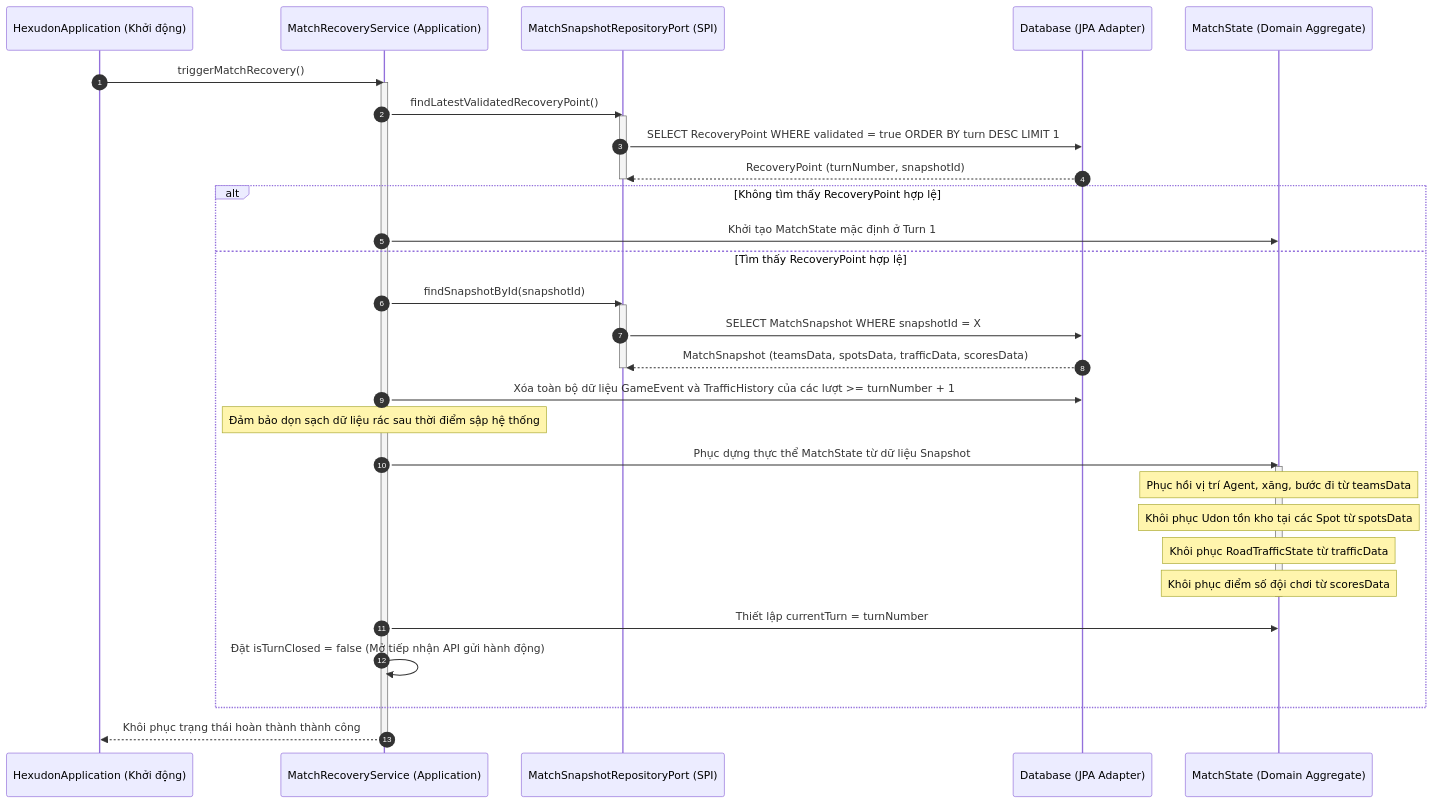
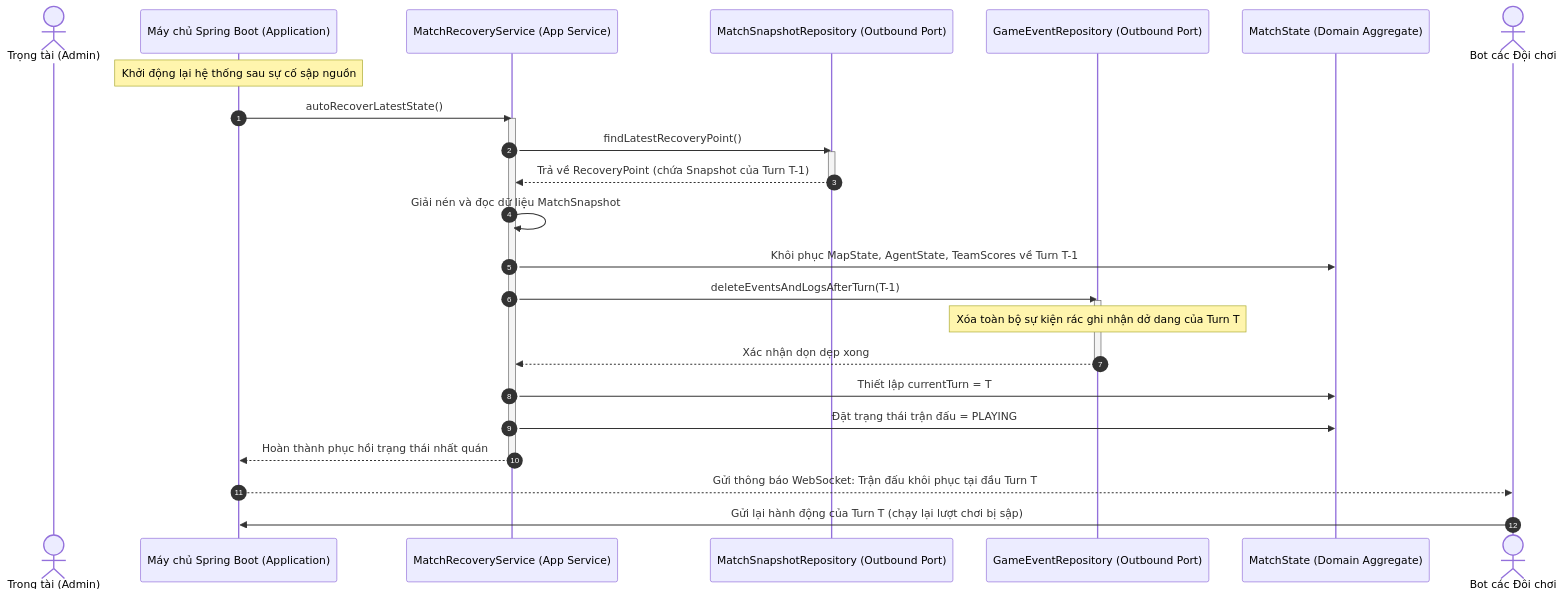
The third of 3 diagrams in docs/phase-4-completion/09_SEQUENCE_DIAGRAM.md (thing-or-think/hexudon), drawn with Mermaid before and after one commit. The commit also changed other lines of this file and 39 other files, not shown here.

First line of the commit message:
refactor(domain): reorganize turn environment and movement cost logic

````diff
--- a/docs/phase-4-completion/09_SEQUENCE_DIAGRAM.md
+++ b/docs/phase-4-completion/09_SEQUENCE_DIAGRAM.md
@@ -142,43 +124,36 @@
 ```mermaid
 sequenceDiagram
     autonumber
-    participant App as HexudonApplication (Khởi động)
-    participant Recovery as MatchRecoveryService (Application)
-    participant SnapRepo as MatchSnapshotRepositoryPort (SPI)
-    participant DB as Database (JPA Adapter)
-    participant MatchState as MatchState (Domain Aggregate)
+    actor Admin as Trọng tài (Admin)
+    participant App as Máy chủ Spring Boot (Application)
+    participant RecSvc as MatchRecoveryService (App Service)
+    participant SnapRepo as MatchSnapshotRepository (Outbound Port)
+    participant EventRepo as GameEventRepository (Outbound Port)
+    participant Dom as MatchState (Domain Aggregate)
+    actor Bot as Bot các Đội chơi
 
-    App->>Recovery: triggerMatchRecovery()
-    activate Recovery
-    Recovery->>SnapRepo: findLatestValidatedRecoveryPoint()
+    Note over App: Khởi động lại hệ thống sau sự cố sập nguồn
+    App->>RecSvc: autoRecoverLatestState()
+    activate RecSvc
+    RecSvc->>SnapRepo: findLatestRecoveryPoint()
     activate SnapRepo
-    SnapRepo->>DB: SELECT RecoveryPoint WHERE validated = true ORDER BY turn DESC LIMIT 1
-    DB-->>SnapRepo: RecoveryPoint (turnNumber, snapshotId)
+    SnapRepo-->>RecSvc: Trả về RecoveryPoint (chứa Snapshot của Turn T-1)
     deactivate SnapRepo
+    
+    RecSvc->>RecSvc: Giải nén và đọc dữ liệu MatchSnapshot
+    RecSvc->>Dom: Khôi phục MapState, AgentState, TeamScores về Turn T-1
+    
+    RecSvc->>EventRepo: deleteEventsAndLogsAfterTurn(T-1)
+    activate EventRepo
+    Note over EventRepo: Xóa toàn bộ sự kiện rác ghi nhận dở dang của Turn T
+    EventRepo-->>RecSvc: Xác nhận dọn dẹp xong
+    deactivate EventRepo
 
-    alt Không tìm thấy RecoveryPoint hợp lệ
-        Recovery->>MatchState: Khởi tạo MatchState mặc định ở Turn 1
-    else Tìm thấy RecoveryPoint hợp lệ
-        Recovery->>SnapRepo: findSnapshotById(snapshotId)
-        activate SnapRepo
-        SnapRepo->>DB: SELECT MatchSnapshot WHERE snapshotId = X
-        DB-->>SnapRepo: MatchSnapshot (teamsData, spotsData, trafficData, scoresData)
-        deactivate SnapRepo
+    RecSvc->>Dom: Thiết lập currentTurn = T
+    RecSvc->>Dom: Đặt trạng thái trận đấu = PLAYING
+    RecSvc-->>App: Hoàn thành phục hồi trạng thái nhất quán
+    deactivate RecSvc
 
-        Recovery->>DB: Xóa toàn bộ dữ liệu GameEvent và TrafficHistory của các lượt >= turnNumber + 1
-        Note over Recovery: Đảm bảo dọn sạch dữ liệu rác sau thời điểm sập hệ thống
-
-        Recovery->>MatchState: Phục dựng thực thể MatchState từ dữ liệu Snapshot
-        activate MatchState
-        Note over MatchState: Phục hồi vị trí Agent, xăng, bước đi từ teamsData
-        Note over MatchState: Khôi phục Udon tồn kho tại các Spot từ spotsData
-        Note over MatchState: Khôi phục RoadTrafficState từ trafficData
-        Note over MatchState: Khôi phục điểm số đội chơi từ scoresData
-        deactivate MatchState
-
-        Recovery->>MatchState: Thiết lập currentTurn = turnNumber
-        Recovery->>Recovery: Đặt isTurnClosed = false (Mở tiếp nhận API gửi hành động)
-    end
-    Recovery-->>App: Khôi phục trạng thái hoàn thành thành công
-    deactivate Recovery
+    App-->>Bot: Gửi thông báo WebSocket: Trận đấu khôi phục tại đầu Turn T
+    Bot->>App: Gửi lại hành động của Turn T (chạy lại lượt chơi bị sập)
 ```
````
